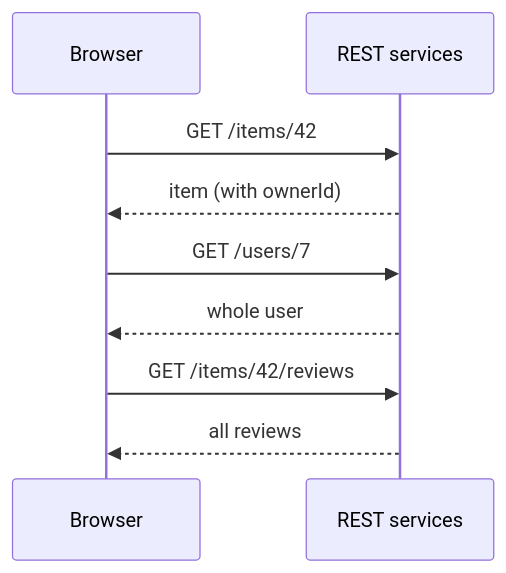
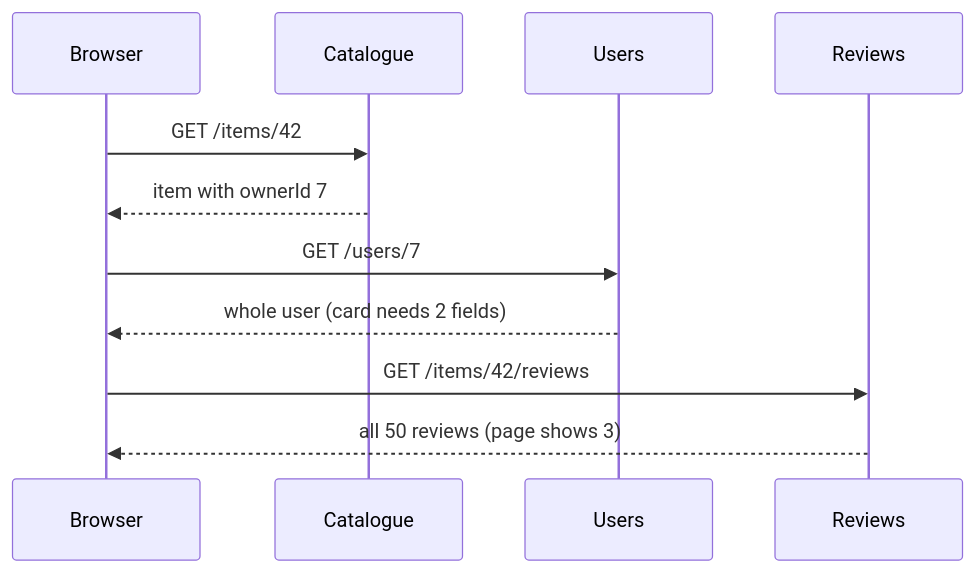
Before and after one commit to christiansany/cas-fee-26-frontend-challenges: the second of 5 diagrams in topics/graphql-vs-rest/README.md, drawn with Mermaid. The commit also changed other lines of this file and 8 other files, not shown here.

````diff
--- a/topics/graphql-vs-rest/README.md
+++ b/topics/graphql-vs-rest/README.md
@@ -154,11 +46,13 @@
 ```mermaid
 sequenceDiagram
     participant B as Browser
-    participant API as REST services
-    B->>API: GET /items/42
-    API-->>B: item (with ownerId)
-    B->>API: GET /users/7
-    API-->>B: whole user
-    B->>API: GET /items/42/reviews
-    API-->>B: all reviews
+    participant C as Catalogue
+    participant U as Users
+    participant R as Reviews
+    B->>C: GET /items/42
+    C-->>B: item with ownerId 7
+    B->>U: GET /users/7
+    U-->>B: whole user (card needs 2 fields)
+    B->>R: GET /items/42/reviews
+    R-->>B: all 50 reviews (page shows 3)
 ```
````
